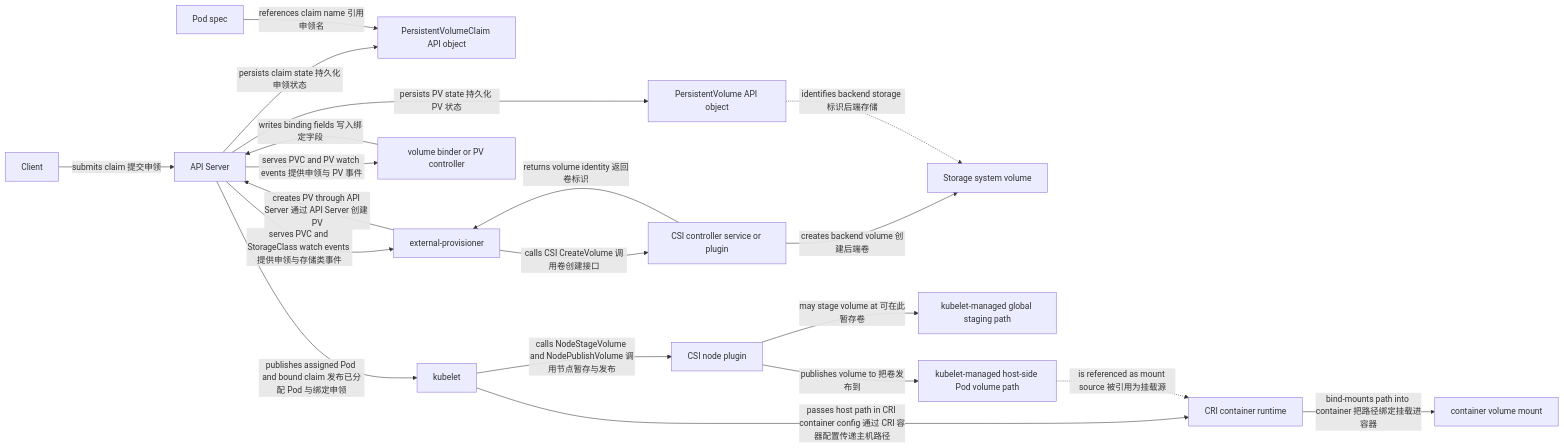
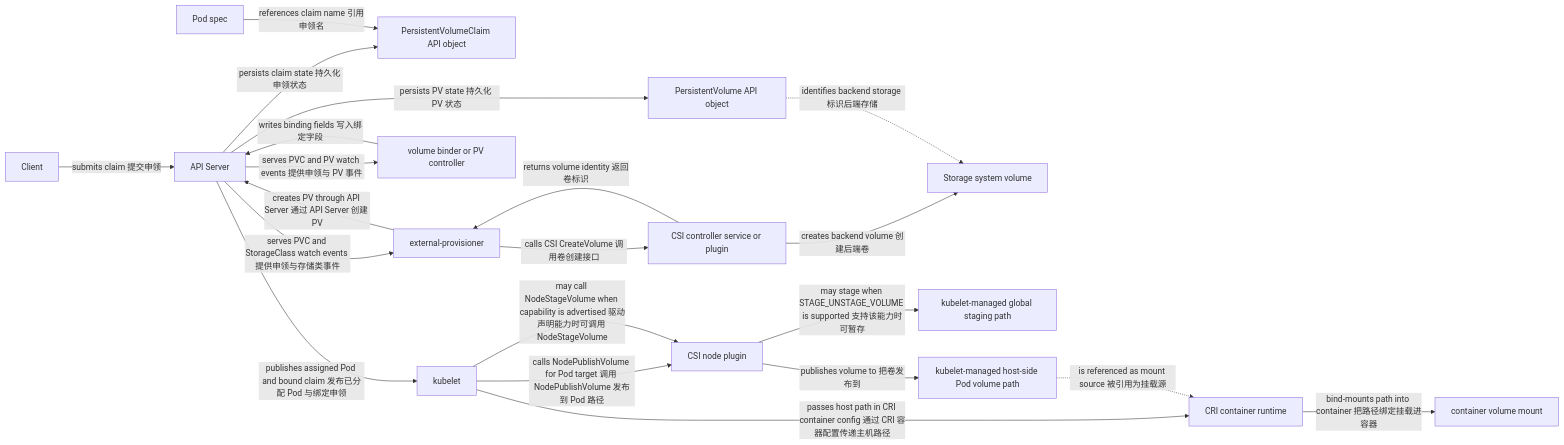
One commit to liufashi-Mr/cloud-native-docs changed the diagram in docs/concepts/config-storage.md. Above: the diagram before and after it, drawn with Mermaid. The commit also changed other lines of this file and 9 other files, not shown here.

````diff
--- a/docs/concepts/config-storage.md
+++ b/docs/concepts/config-storage.md
@@ -51,22 +51,23 @@
 ```mermaid
 flowchart LR
   C["Client"] -->|submits claim 提交申领| API["API Server"]
   API -->|persists claim state 持久化申领状态| PVC["PersistentVolumeClaim API object"]
   API -->|serves PVC and StorageClass watch events 提供申领与存储类事件| EP["external-provisioner"]
   EP -->|calls CSI CreateVolume 调用卷创建接口| CC["CSI controller service or plugin"]
   CC -->|creates backend volume 创建后端卷| BS["Storage system volume"]
   CC -->|returns volume identity 返回卷标识| EP
   EP -->|creates PV through API Server 通过 API Server 创建 PV| API
   API -->|persists PV state 持久化 PV 状态| PV["PersistentVolume API object"]
   API -->|serves PVC and PV watch events 提供申领与 PV 事件| VB["volume binder or PV controller"]
   VB -->|writes binding fields 写入绑定字段| API
   API -->|publishes assigned Pod and bound claim 发布已分配 Pod 与绑定申领| KL["kubelet"]
-  KL -->|calls NodeStageVolume and NodePublishVolume 调用节点暂存与发布| CSI["CSI node plugin"]
-  CSI -->|may stage volume at 可在此暂存卷| ST["kubelet-managed global staging path"]
+  KL -->|calls NodePublishVolume for Pod target 调用 NodePublishVolume 发布到 Pod 路径| CSI["CSI node plugin"]
+  KL -->|may call NodeStageVolume when capability is advertised 驱动声明能力时可调用 NodeStageVolume| CSI
+  CSI -->|may stage when STAGE_UNSTAGE_VOLUME is supported 支持该能力时可暂存| ST["kubelet-managed global staging path"]
   CSI -->|publishes volume to 把卷发布到| HP["kubelet-managed host-side Pod volume path"]
   KL -->|passes host path in CRI container config 通过 CRI 容器配置传递主机路径| CR["CRI container runtime"]
   HP -.->|is referenced as mount source 被引用为挂载源| CR
   CR -->|bind-mounts path into container 把路径绑定挂载进容器| VM["container volume mount"]
   PS["Pod spec"] -->|references claim name 引用申领名| PVC
   PV -.->|identifies backend storage 标识后端存储| BS
 ```
````
